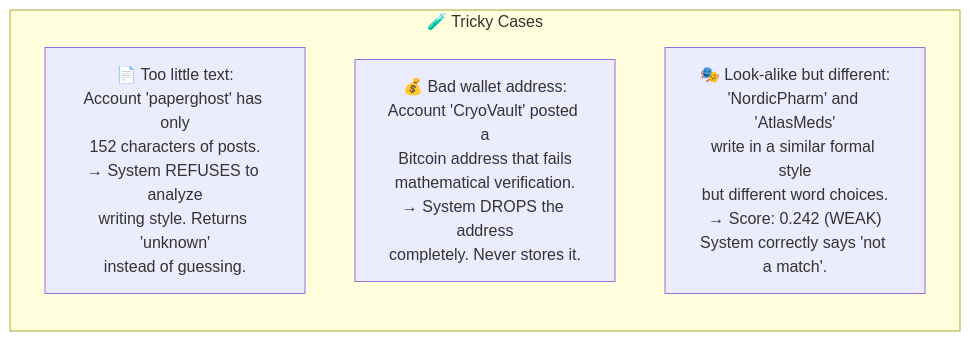
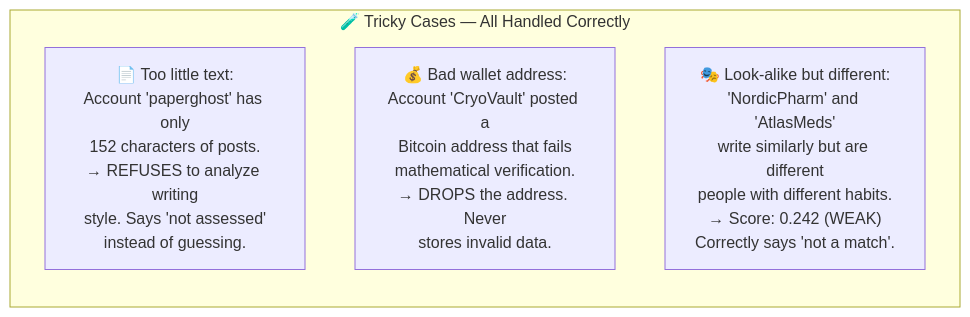
Before and after one commit to shubechavan/sih-bombil: the tenth of 16 diagrams in docs/PROJECT_DOCUMENTATION.md, drawn with Mermaid. The commit also changed other lines of this file and 12 other files, not shown here.

````diff
--- a/docs/PROJECT_DOCUMENTATION.md
+++ b/docs/PROJECT_DOCUMENTATION.md
@@ -419,9 +388,9 @@
 ```mermaid
 flowchart TD
-    subgraph tricky["🧪 Tricky Cases"]
+    subgraph tricky["🧪 Tricky Cases — All Handled Correctly"]
         direction TB
-        T1["📄 Too little text:<br/>Account 'paperghost' has only<br/>152 characters of posts.<br/>→ System REFUSES to analyze<br/>writing style. Returns 'unknown'<br/>instead of guessing."]
-        T2["💰 Bad wallet address:<br/>Account 'CryoVault' posted a<br/>Bitcoin address that fails<br/>mathematical verification.<br/>→ System DROPS the address<br/>completely. Never stores it."]
-        T3["🎭 Look-alike but different:<br/>'NordicPharm' and 'AtlasMeds'<br/>write in a similar formal style<br/>but different word choices.<br/>→ Score: 0.242 (WEAK)<br/>System correctly says 'not a match'."]
+        T1["📄 Too little text:<br/>Account 'paperghost' has only<br/>152 characters of posts.<br/>→ REFUSES to analyze writing<br/>style. Says 'not assessed'<br/>instead of guessing."]
+        T2["💰 Bad wallet address:<br/>Account 'CryoVault' posted a<br/>Bitcoin address that fails<br/>mathematical verification.<br/>→ DROPS the address. Never<br/>stores invalid data."]
+        T3["🎭 Look-alike but different:<br/>'NordicPharm' and 'AtlasMeds'<br/>write similarly but are different<br/>people with different habits.<br/>→ Score: 0.242 (WEAK)<br/>Correctly says 'not a match'."]
     end
 ```
````
